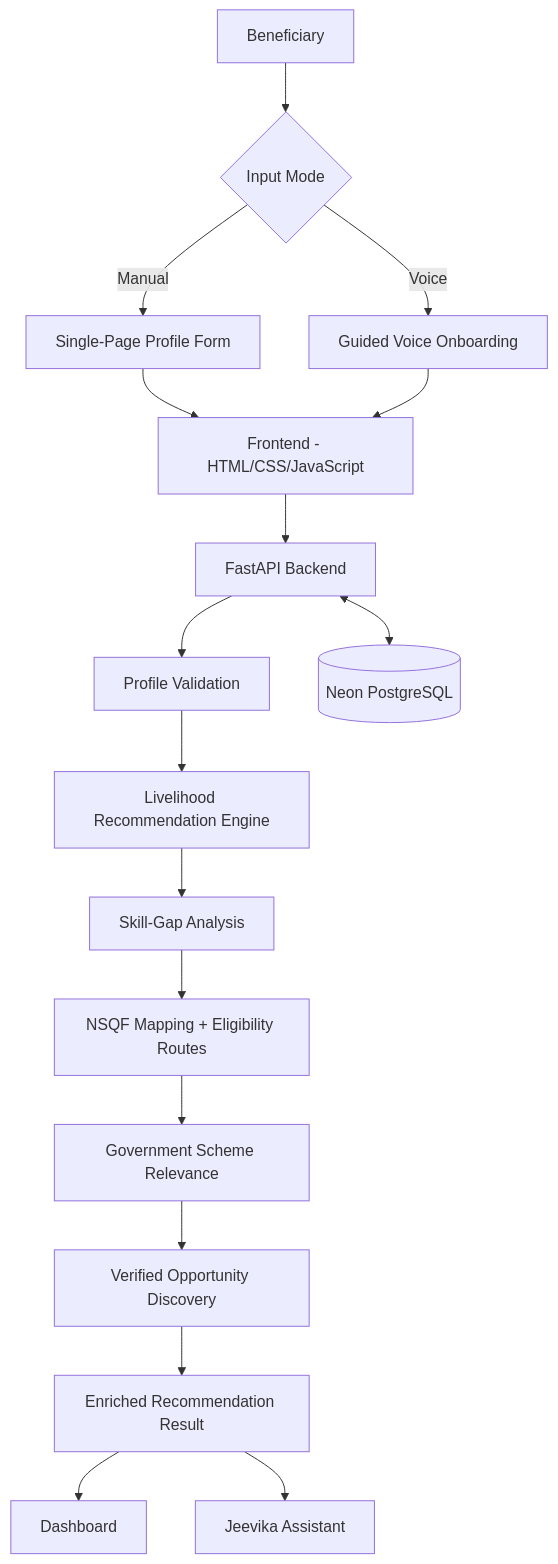
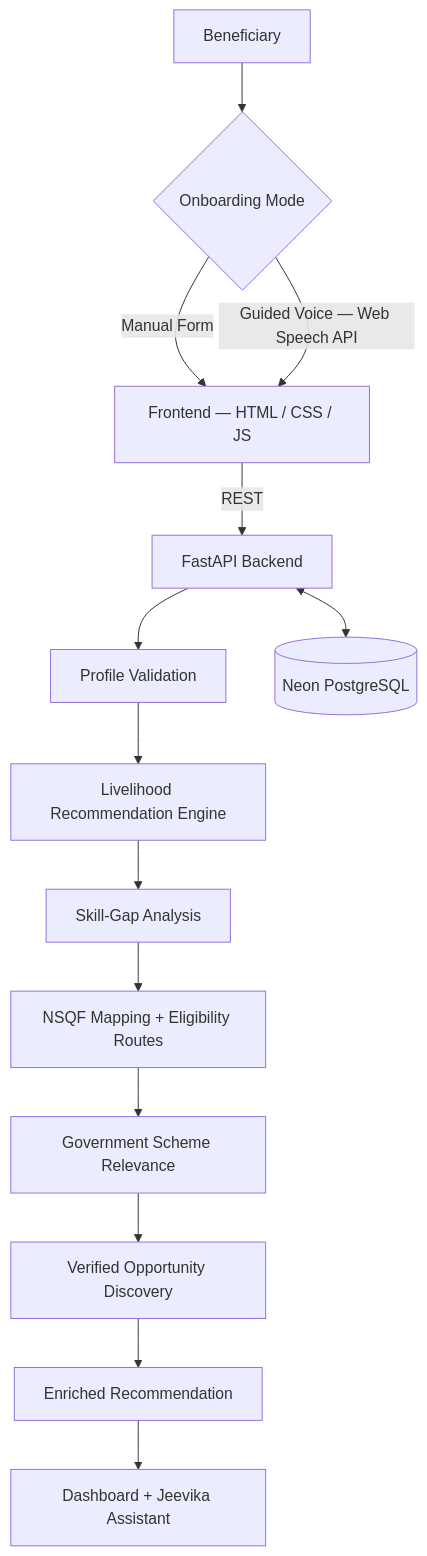
One commit to Adarsha-o-O/jeevika-ai changed the diagram in README.md. Above: the diagram before and after it, drawn with Mermaid. The commit also changed other lines of this file, not shown here.

````diff
--- a/README.md
+++ b/README.md
@@ -310,23 +249,16 @@
 ```mermaid
 flowchart TD
-    A[Beneficiary] --> B{Input Mode}
-    B -->|Manual| C[Single-Page Profile Form]
-    B -->|Voice| D[Guided Voice Onboarding]
-
-    C --> E[Frontend - HTML/CSS/JavaScript]
-    D --> E
-
-    E --> F[FastAPI Backend]
-    F --> G[Profile Validation]
-    G --> H[Livelihood Recommendation Engine]
-    H --> I[Skill-Gap Analysis]
-    I --> J[NSQF Mapping + Eligibility Routes]
-    J --> K[Government Scheme Relevance]
-    K --> L[Verified Opportunity Discovery]
-    L --> M[Enriched Recommendation Result]
-
-    M --> N[Dashboard]
-    M --> O[Jeevika Assistant]
-
-    F <--> P[(Neon PostgreSQL)]
+    A[Beneficiary] --> B{Onboarding Mode}
+    B -->|Manual Form| C[Frontend — HTML / CSS / JS]
+    B -->|Guided Voice — Web Speech API| C
+    C -->|REST| D[FastAPI Backend]
+    D --> E[Profile Validation]
+    E --> F[Livelihood Recommendation Engine]
+    F --> G[Skill-Gap Analysis]
+    G --> H[NSQF Mapping + Eligibility Routes]
+    H --> I[Government Scheme Relevance]
+    I --> J[Verified Opportunity Discovery]
+    J --> K[Enriched Recommendation]
+    K --> L[Dashboard + Jeevika Assistant]
+    D <--> M[(Neon PostgreSQL)]
 ```
````
